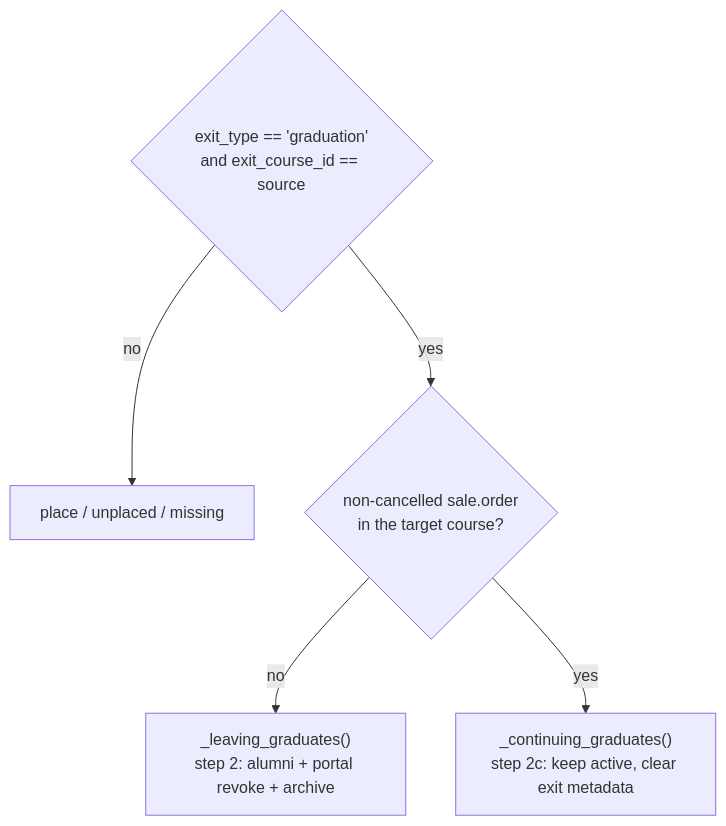
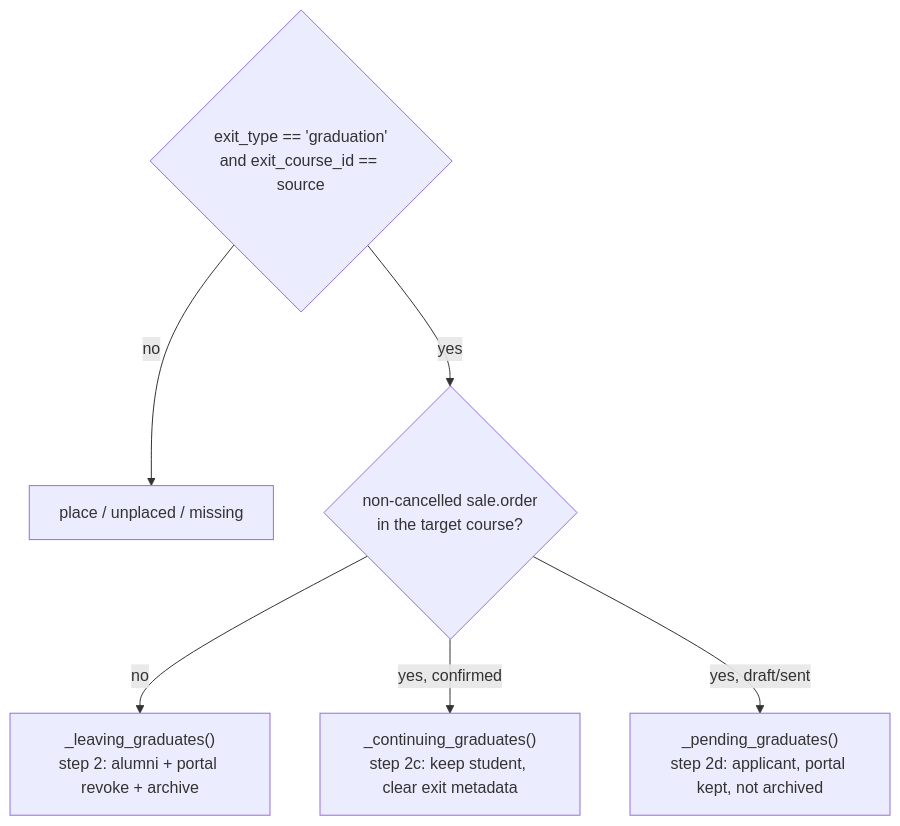
Before and after one commit to ElPuig/EMS: the third of 5 diagrams in docs/en/developers/settings/course_transition_wizard.md, drawn with Mermaid. The commit also changed other lines of this file and 8 other files, not shown here.

Commit message:
Turn graduates with an unconfirmed enrollment into applicants so they keep the portal

````diff
--- a/docs/en/developers/settings/course_transition_wizard.md
+++ b/docs/en/developers/settings/course_transition_wizard.md
@@ -115,7 +115,8 @@
 ```mermaid
 flowchart TD
     G{"exit_type == 'graduation'<br/>and exit_course_id == source"} -- no --> OTHER["place / unplaced / missing"]
     G -- yes --> E{"non-cancelled sale.order<br/>in the target course?"}
     E -- no --> LEAVE["_leaving_graduates()<br/>step 2: alumni + portal revoke + archive"]
-    E -- yes --> STAY["_continuing_graduates()<br/>step 2c: keep active, clear exit metadata"]
+    E -- "yes, confirmed" --> STAY["_continuing_graduates()<br/>step 2c: keep student, clear exit metadata"]
+    E -- "yes, draft/sent" --> PEND["_pending_graduates()<br/>step 2d: applicant, portal kept, not archived"]
 ```
````
